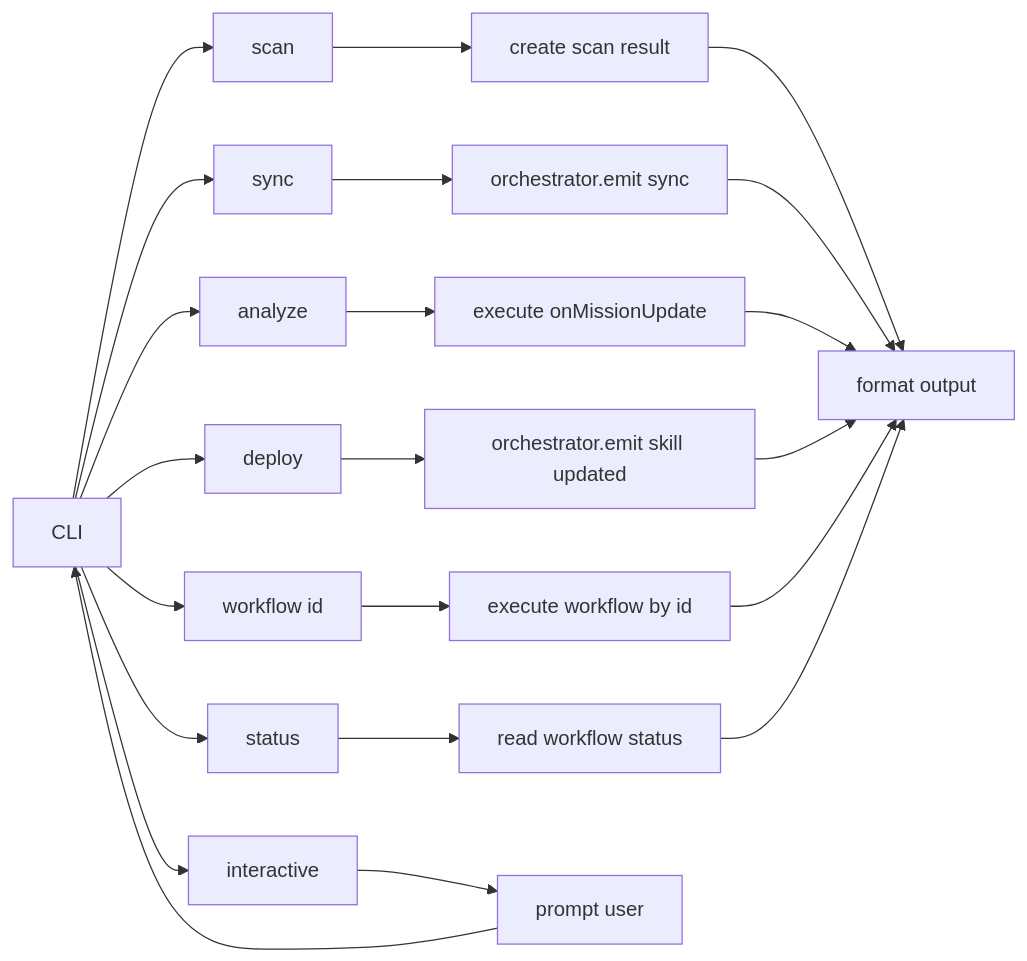
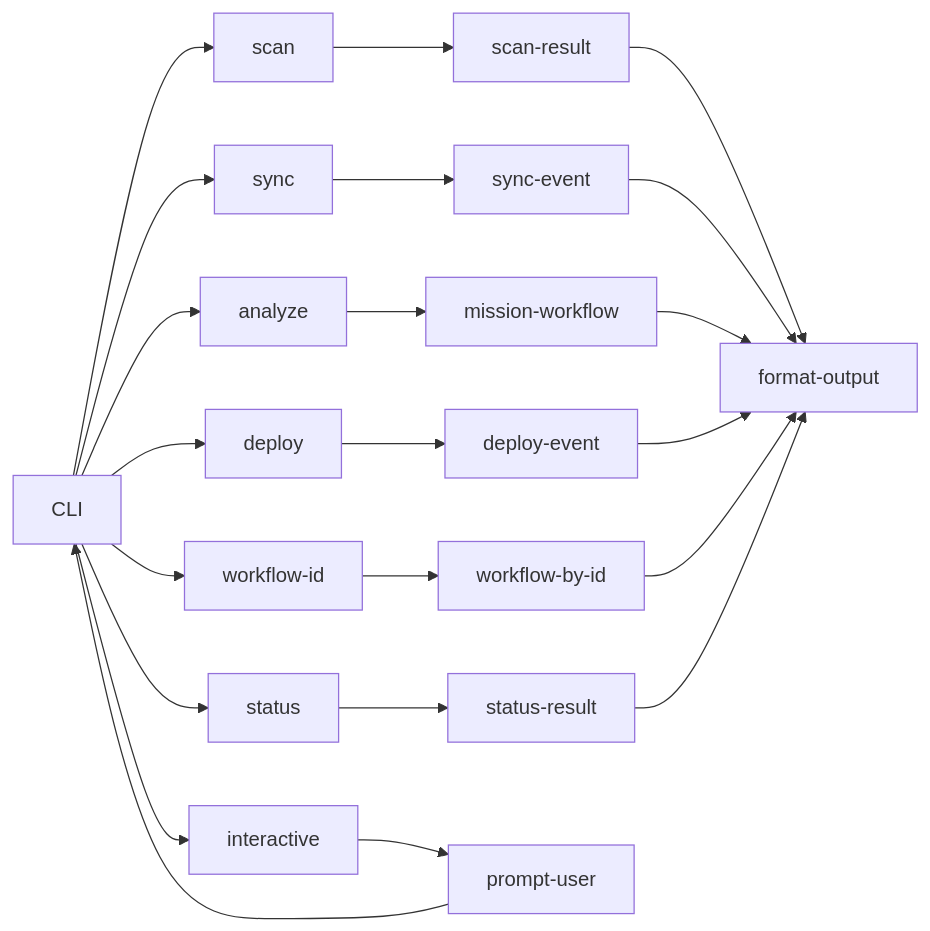
Before and after one commit to pandol69kim-bot/gitautopipe: the third of 8 diagrams in 프로그램 흐름도.md, drawn with Mermaid. The commit also changed other lines of this file and 1 other file, not shown here.

Commit message:
feat: Update project diagrams to improve Mermaid compatibility and clarity

````diff
--- a/프로그램 흐름도.md
+++ b/프로그램 흐름도.md
@@ -60,25 +76,40 @@
 ```mermaid
-flowchart LR
-  CLI["CLI"] --> Scan["scan"]
-  CLI --> Sync["sync"]
-  CLI --> Analyze["analyze"]
-  CLI --> Deploy["deploy"]
-  CLI --> Workflow["workflow id"]
-  CLI --> Status["status"]
-  CLI --> Interactive["interactive"]
-
-  Scan --> ScanOut["create scan result"]
-  Sync --> SyncEvent["orchestrator.emit sync"]
-  Analyze --> Mission["execute onMissionUpdate"]
-  Deploy --> DeployEvent["orchestrator.emit skill updated"]
-  Workflow --> ById["execute workflow by id"]
-  Status --> StatusOut["read workflow status"]
-  Interactive --> Prompt["prompt user"] --> CLI
-
-  ScanOut --> Format["format output"]
-  SyncEvent --> Format
-  Mission --> Format
-  DeployEvent --> Format
-  ById --> Format
-  StatusOut --> Format
+graph LR
+CLI[CLI]
+Scan[scan]
+Sync[sync]
+Analyze[analyze]
+Deploy[deploy]
+Workflow[workflow-id]
+Status[status]
+Interactive[interactive]
+ScanOut[scan-result]
+SyncEvent[sync-event]
+Mission[mission-workflow]
+DeployEvent[deploy-event]
+ById[workflow-by-id]
+StatusOut[status-result]
+Prompt[prompt-user]
+Format[format-output]
+CLI --> Scan
+CLI --> Sync
+CLI --> Analyze
+CLI --> Deploy
+CLI --> Workflow
+CLI --> Status
+CLI --> Interactive
+Scan --> ScanOut
+Sync --> SyncEvent
+Analyze --> Mission
+Deploy --> DeployEvent
+Workflow --> ById
+Status --> StatusOut
+Interactive --> Prompt
+Prompt --> CLI
+ScanOut --> Format
+SyncEvent --> Format
+Mission --> Format
+DeployEvent --> Format
+ById --> Format
+StatusOut --> Format
 ```
````
